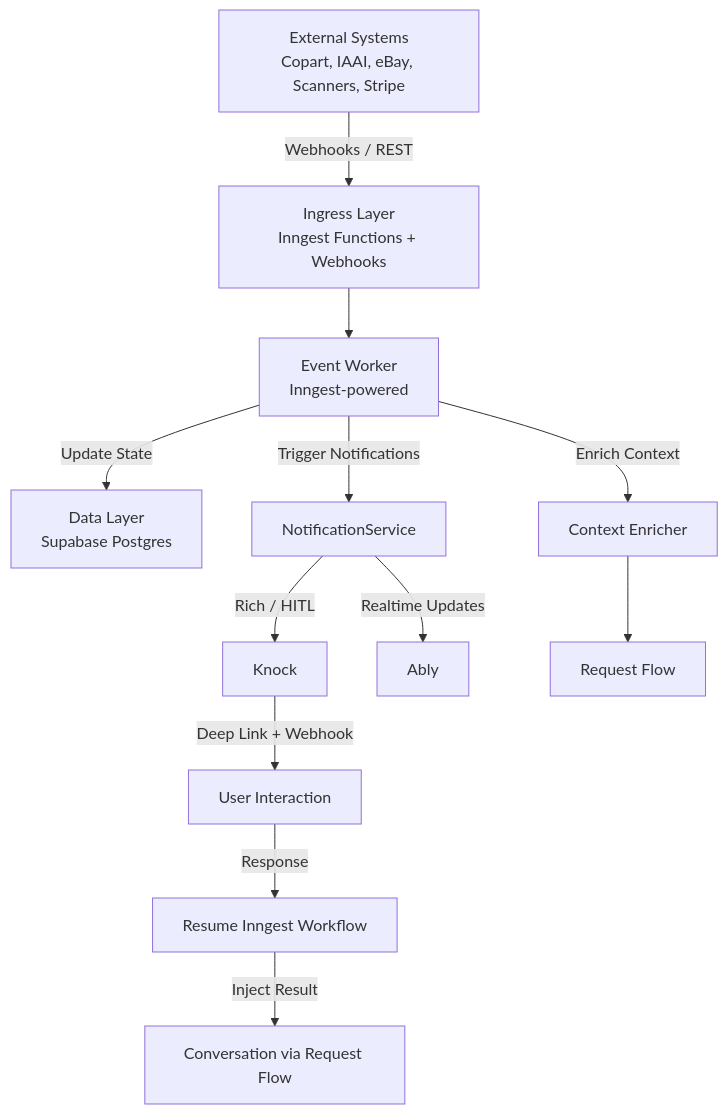
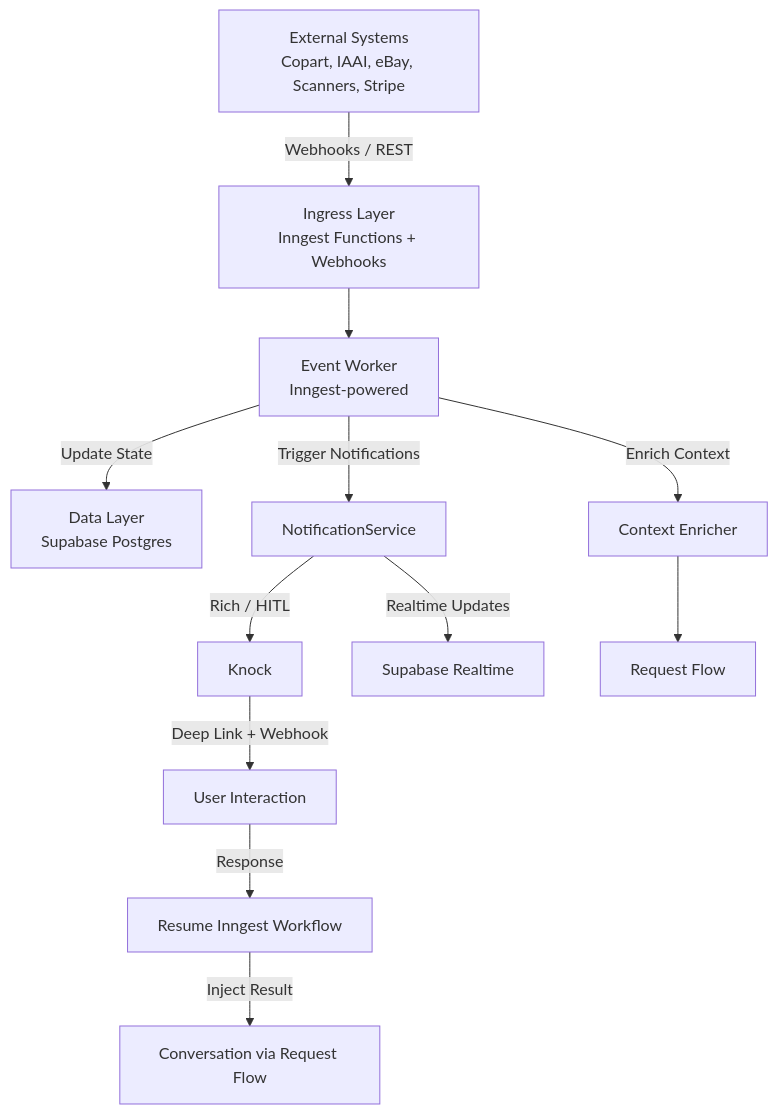
Before and after one commit to cvillej/recycler-ai: the diagram in docs/external-system-integration.md, drawn with Mermaid. The commit also changed other lines of this file and 20 other files, not shown here.

Commit message:
updated architecture docs

````diff
--- a/docs/external-system-integration.md
+++ b/docs/external-system-integration.md
@@ -33,14 +34,14 @@
 ```mermaid
 flowchart TD
     External[External Systems<br/>Copart, IAAI, eBay, Scanners, Stripe] -->|Webhooks / REST| Ingress[Ingress Layer<br/>Inngest Functions + Webhooks]
     Ingress --> EventWorker[Event Worker<br/>Inngest-powered]
     EventWorker -->|Update State| DataLayer[Data Layer<br/>Supabase Postgres]
     EventWorker -->|Enrich Context| ContextEnricher[Context Enricher]
     EventWorker -->|Trigger Notifications| NotificationService[NotificationService]
     NotificationService -->|Rich / HITL| Knock[Knock]
-    NotificationService -->|Realtime Updates| Ably[Ably]
+    NotificationService -->|Realtime Updates| SupabaseRealtime[Supabase Realtime]
     ContextEnricher --> RequestFlow[Request Flow]
     Knock -->|Deep Link + Webhook| User[User Interaction]
     User -->|Response| Inngest[Resume Inngest Workflow]
     Inngest -->|Inject Result| Conversation[Conversation via Request Flow]
 ```
````
